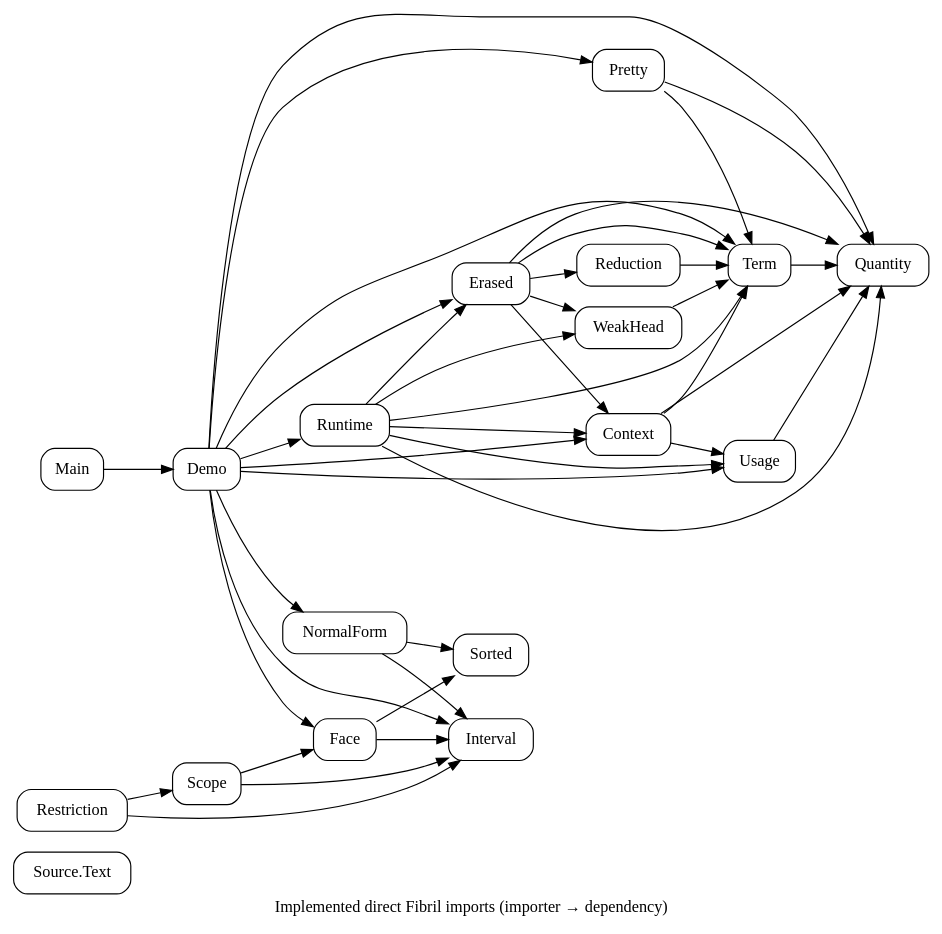
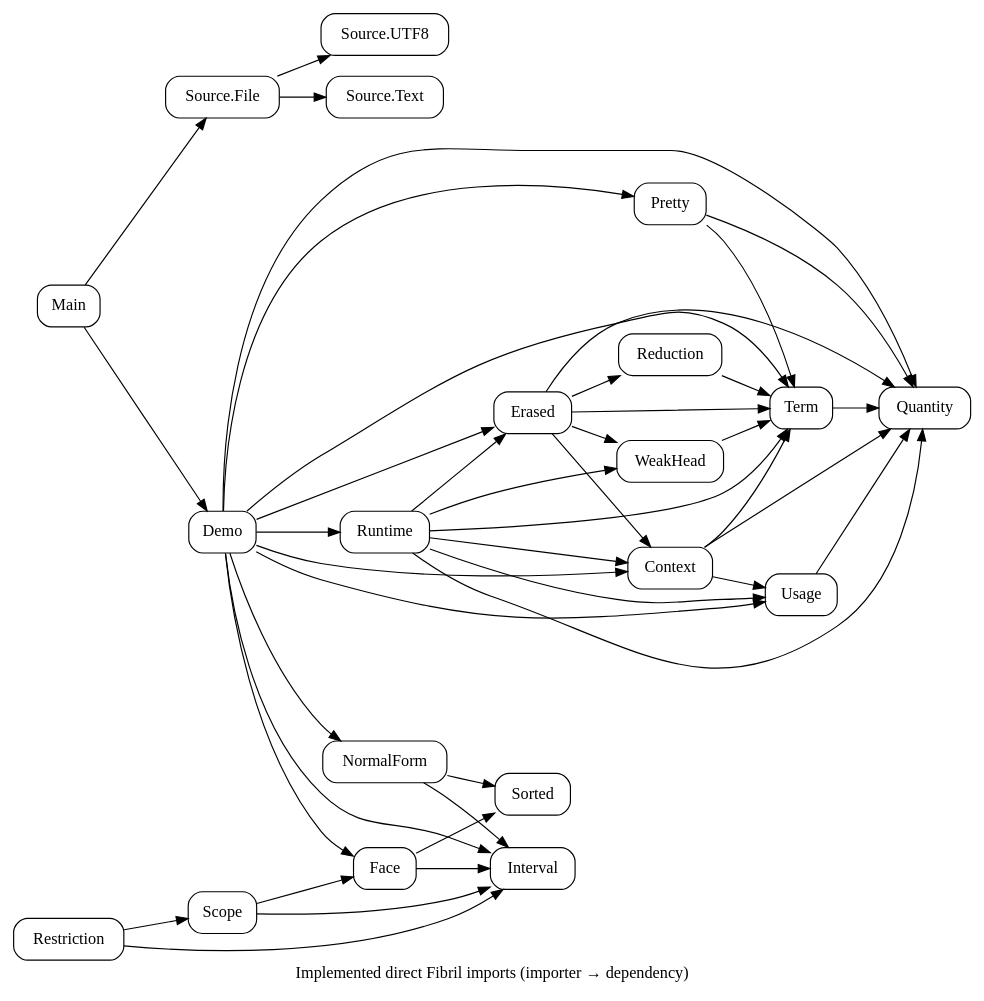
Before and after one commit to odunboye/fibril: the diagram in docs/diagrams/modules.dot, drawn with Graphviz. The commit also changed 15 other files, not shown here.

Commit message:
Add strict UTF-8 decoding and bounded source-file validation

```diff
--- a/docs/diagrams/modules.dot
+++ b/docs/diagrams/modules.dot
@@ -1,15 +1,16 @@
 digraph Modules {
 rankdir=LR; node [shape=box,style=rounded];
-"Source.Text";
+"Source.File" -> {"Source.UTF8" "Source.Text"};
+Main -> "Source.File";
 Quantity; Interval; NormalForm; Face; Scope; Restriction; Term;
 NormalForm -> {Interval Sorted}; Face -> {Interval Sorted};
 Scope -> {Interval Face}; Restriction -> {Interval Scope};
 Demo -> {Quantity Term Context Usage Pretty Erased Runtime Interval NormalForm Face};
 Main -> Demo;
 Pretty -> {Quantity Term};
 Term -> Quantity; Usage -> Quantity; Context -> {Quantity Term Usage};
 Reduction -> Term; WeakHead -> Term;
 Erased -> {Quantity Term Context Reduction WeakHead};
 Runtime -> {Quantity Term Context Usage WeakHead Erased};
 label="Implemented direct Fibril imports (importer → dependency)";
 }
```
